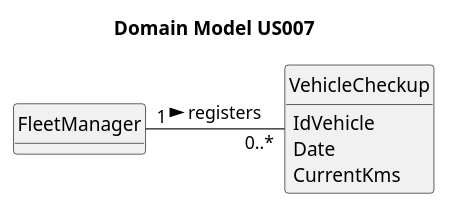
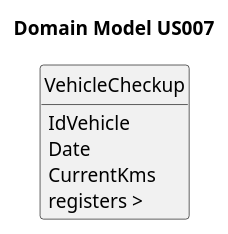
Before and after one commit to RicardoMorim/lapr2-ISEP-Project: the diagram in docs/sprintA/us007/02.analysis/puml/us007-domain-model.puml, drawn with PlantUML. The commit also changed 2 other files, not shown here.

```diff
--- a/docs/sprintA/us007/02.analysis/puml/us007-domain-model.puml
+++ b/docs/sprintA/us007/02.analysis/puml/us007-domain-model.puml
@@ -1,24 +1,20 @@
 @startuml
 skinparam monochrome true
 skinparam packageStyle rectangle
 skinparam shadowing false
 
 skinparam classAttributeIconSize 0
 
 hide circle
 hide methods
 
 title Domain Model US007
 
-class FleetManager {
-
-}
-
 class VehicleCheckup {
     IdVehicle
     Date
     CurrentKms
 }
 
-FleetManager "1" - "0..*" VehicleCheckup : registers >
+VehicleCheckup : registers >
 @enduml
```
